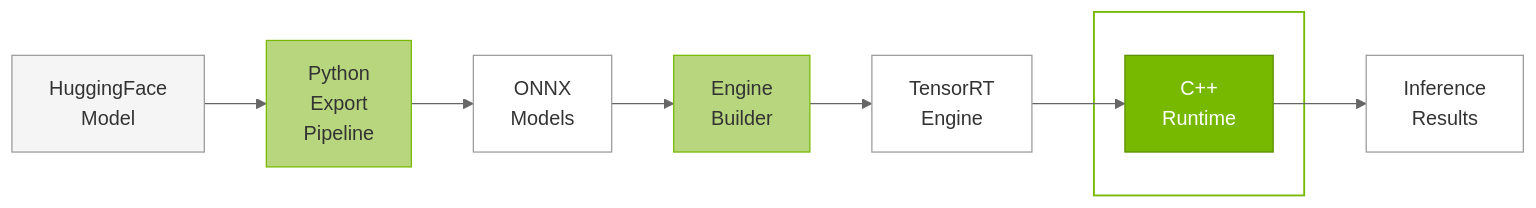
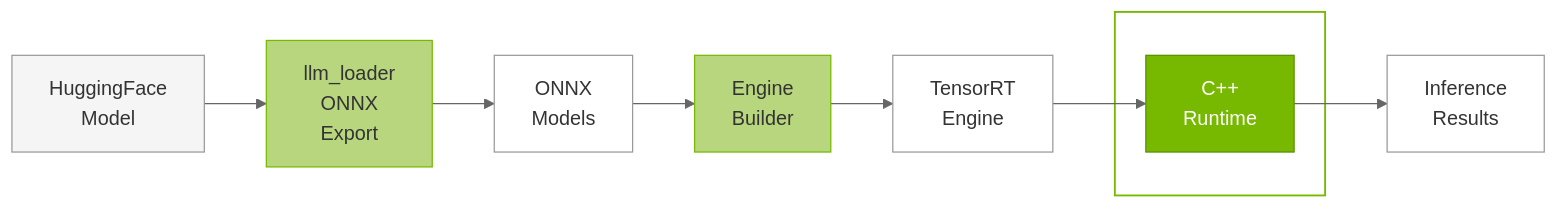
Before and after one commit to ConstBob/TensorRT-Edge-LLM: the diagram in docs/source/developer_guide/software-design/cpp-runtime-overview.md, drawn with Mermaid. The commit also changed 85 other files, not shown here.

````diff
--- a/docs/source/developer_guide/software-design/cpp-runtime-overview.md
+++ b/docs/source/developer_guide/software-design/cpp-runtime-overview.md
@@ -12,35 +12,35 @@
 ```mermaid
 %%{init: {'theme':'neutral', 'themeVariables': {'primaryColor':'#76B900','primaryTextColor':'#fff','primaryBorderColor':'#5a8f00','lineColor':'#666','edgeLabelBackground':'#ffffff','labelTextColor':'#000','clusterBkg':'#ffffff','clusterBorder':'#999'}}}%%
 graph LR
     HF_MODEL[HuggingFace<br>Model]
-    PYTHON_EXPORT[Python<br>Export<br>Pipeline]
+    PYTHON_EXPORT[llm_loader<br>ONNX<br>Export]
     ONNX_FILES[ONNX<br>Models]
     ENGINE_BUILDER[Engine<br>Builder]
     TRT_ENGINE[TensorRT<br>Engine]
     OUTPUT[Inference<br>Results]
 
     subgraph RUNTIME_SG [" "]
         CPP_RUNTIME[C++<br>Runtime]
     end
 
     HF_MODEL --> PYTHON_EXPORT
     PYTHON_EXPORT --> ONNX_FILES
     ONNX_FILES --> ENGINE_BUILDER
     ENGINE_BUILDER --> TRT_ENGINE
     TRT_ENGINE --> CPP_RUNTIME
     CPP_RUNTIME --> OUTPUT
 
     classDef inputNode fill:#f5f5f5,stroke:#999,stroke-width:1px,color:#333
     classDef nvLightNode fill:#b8d67e,stroke:#76B900,stroke-width:1px,color:#333
     classDef nvNode fill:#76B900,stroke:#5a8f00,stroke-width:1px,color:#fff
     classDef itemNode fill:#ffffff,stroke:#999,stroke-width:1px,color:#333
     classDef darkNode fill:#ffffff,stroke:#999,stroke-width:1px,color:#333
     classDef greenSubGraph fill:none,stroke:#76B900,stroke-width:1.5px
 
     class HF_MODEL inputNode
     class PYTHON_EXPORT,ENGINE_BUILDER nvLightNode
     class CPP_RUNTIME nvNode
     class ONNX_FILES,TRT_ENGINE itemNode
     class OUTPUT darkNode
     class RUNTIME_SG greenSubGraph
 ```
````
